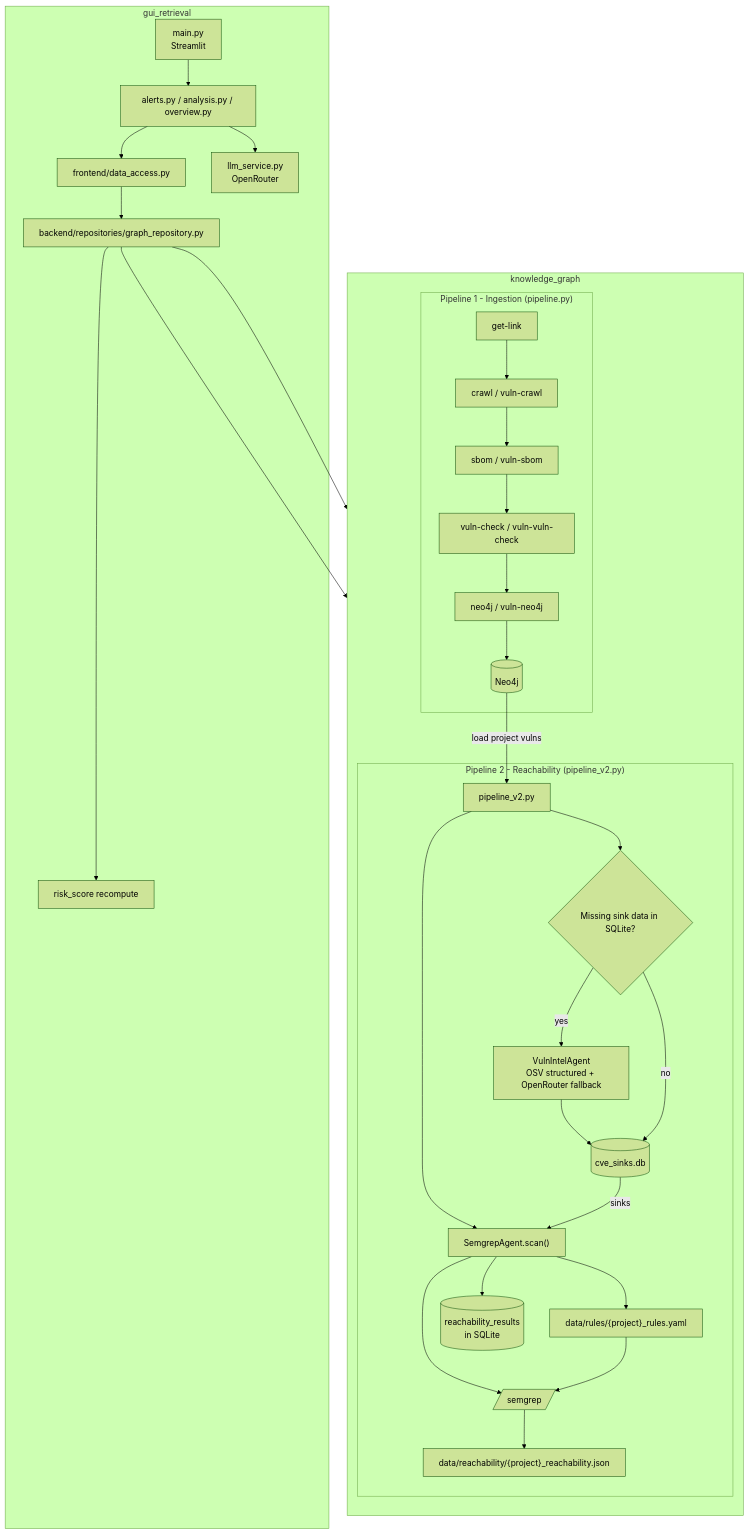
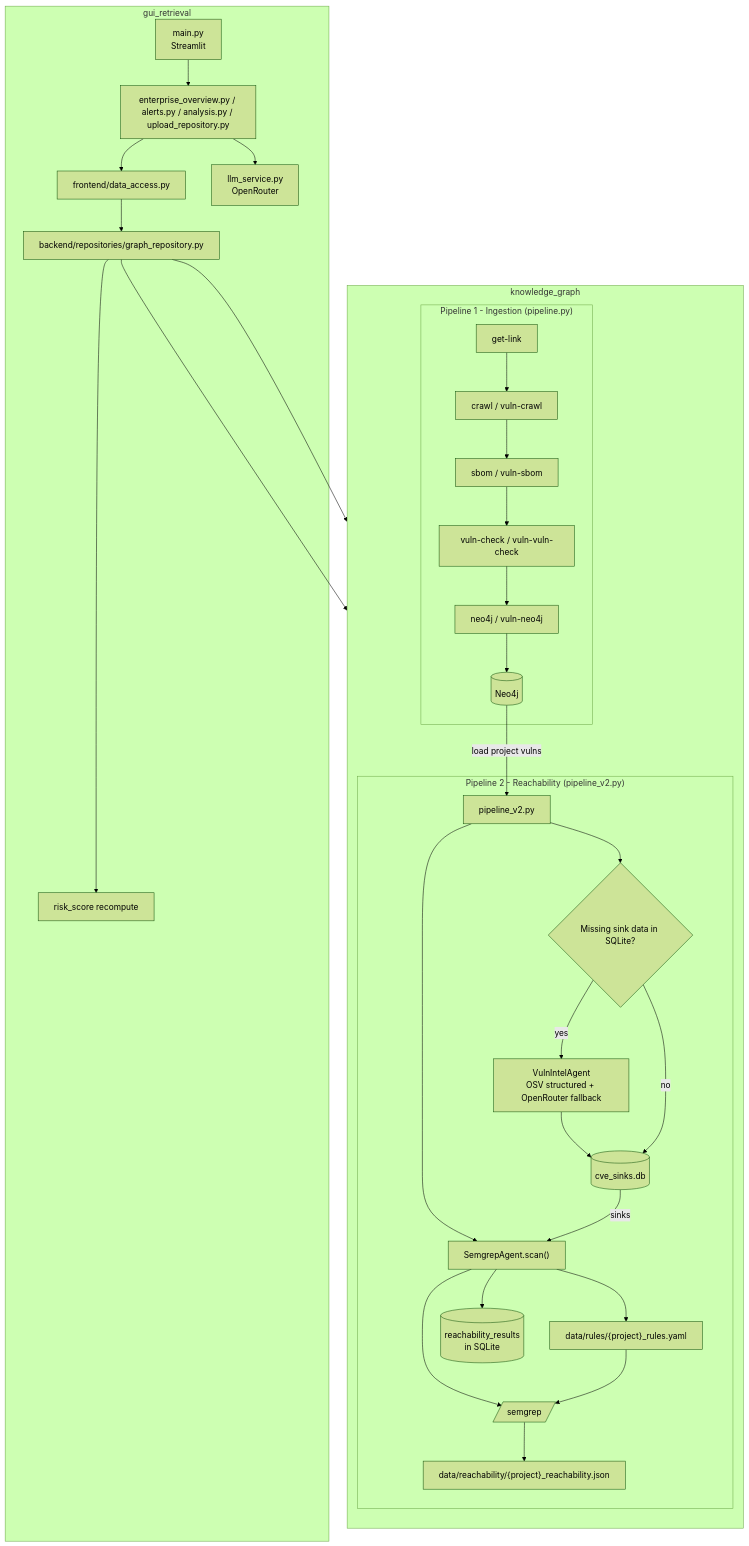
One commit to Sskadii1/SBOM changed the diagram in codebase_analysis.md. Above: the diagram before and after it, drawn with Mermaid (forest theme). The commit also changed other lines of this file and 12 other files, not shown here.

Commit message:
Update dashboard, analysis flow, and project audit

````diff
--- a/codebase_analysis.md
+++ b/codebase_analysis.md
@@ -427,39 +428,39 @@
 ```mermaid
 flowchart TD
     subgraph KG["knowledge_graph"]
         direction TB
 
         subgraph ING["Pipeline 1 - Ingestion (pipeline.py)"]
             P0["get-link"] --> P1["crawl / vuln-crawl"]
             P1 --> P2["sbom / vuln-sbom"]
             P2 --> P3["vuln-check / vuln-vuln-check"]
             P3 --> P4["neo4j / vuln-neo4j"]
             P4 --> DB[("Neo4j")]
         end
 
         subgraph REACH["Pipeline 2 - Reachability (pipeline_v2.py)"]
             DB -->|"load project vulns"| PV2["pipeline_v2.py"]
             PV2 --> MISS{"Missing sink data in SQLite?"}
             MISS -->|"yes"| VIA["VulnIntelAgent\nOSV structured + OpenRouter fallback"]
             VIA --> SINKDB[("cve_sinks.db")]
             MISS -->|"no"| SINKDB
             PV2 --> SGA["SemgrepAgent.scan()"]
             SINKDB -->|"sinks"| SGA
             SGA --> RULES["data/rules/{project}_rules.yaml"]
             SGA --> SEM[/"semgrep"/]
             RULES --> SEM
             SEM --> RF["data/reachability/{project}_reachability.json"]
             SGA --> RDB[("reachability_results\nin SQLite")]
         end
     end
 
     subgraph GUI["gui_retrieval"]
-        MAIN["main.py\nStreamlit"] --> VIEWS["alerts.py / analysis.py / overview.py"]
+        MAIN["main.py\nStreamlit"] --> VIEWS["enterprise_overview.py / alerts.py / analysis.py / upload_repository.py"]
         VIEWS --> DA["frontend/data_access.py"]
         DA --> REPO["backend/repositories/graph_repository.py"]
         REPO --> DB
         REPO --> RF
         REPO --> RISK["risk_score recompute"]
         VIEWS --> LLM["llm_service.py\nOpenRouter"]
     end
 ```
````
